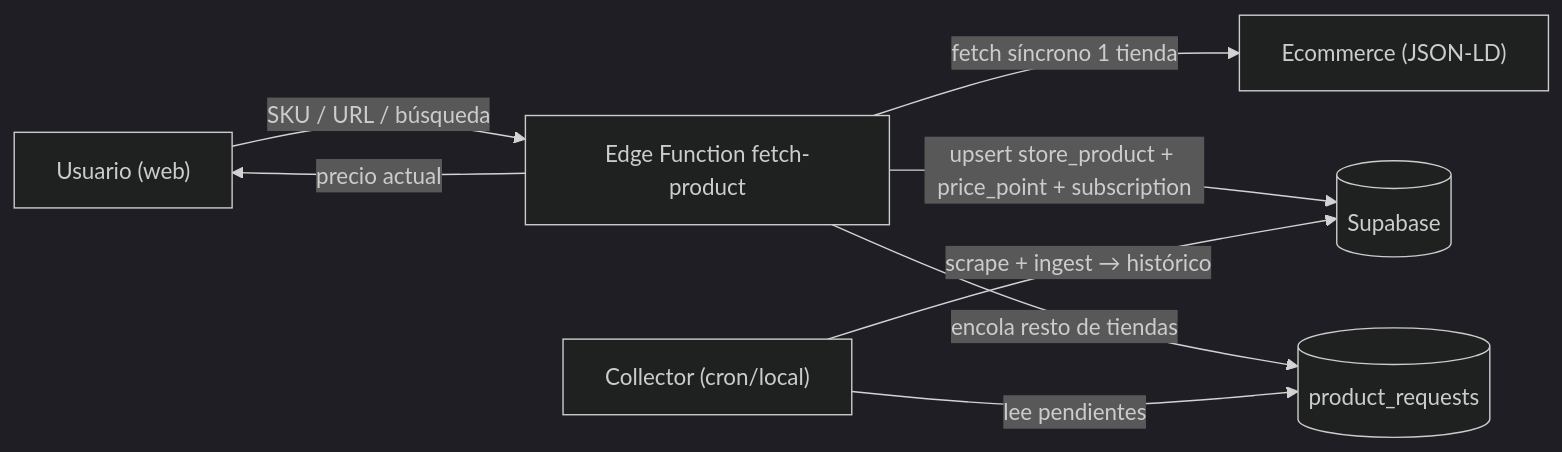
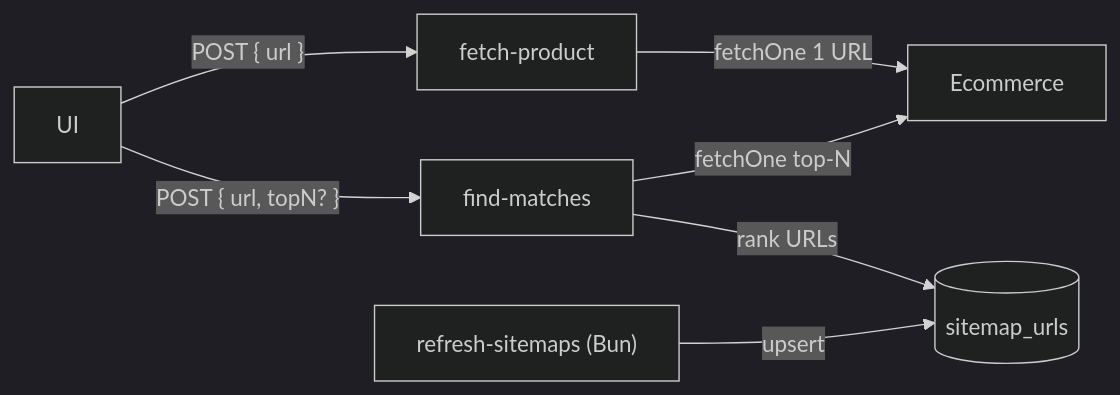
Before and after one commit to Chofito/hackathon-16072026: the diagram in docs/EDGE_FUNCTIONS.md, drawn with Mermaid (dark theme). The commit also changed other lines of this file and 23 other files, not shown here.

First line of the commit message:
Add on-demand cross-store edge functions

````diff
--- a/docs/EDGE_FUNCTIONS.md
+++ b/docs/EDGE_FUNCTIONS.md
@@ -11,10 +16,9 @@
 ```mermaid
 flowchart LR
-    user["Usuario (web)"] -->|"SKU / URL / búsqueda"| fn["Edge Function fetch-product"]
-    fn -->|"fetch síncrono 1 tienda"| store["Ecommerce (JSON-LD)"]
-    fn -->|"upsert store_product + price_point + subscription"| db[("Supabase")]
-    fn -->|"encola resto de tiendas"| reqs[("product_requests")]
-    fn -->|"precio actual"| user
-    collector["Collector (cron/local)"] -->|"lee pendientes"| reqs
-    collector -->|"scrape + ingest → histórico"| db
+  ui["UI"] -->|"POST { url }"| fp["fetch-product"]
+  ui -->|"POST { url, topN? }"| fm["find-matches"]
+  fp -->|"fetchOne 1 URL"| store["Ecommerce"]
+  fm -->|"rank URLs"| cache[("sitemap_urls")]
+  fm -->|"fetchOne top-N"| store
+  refresh["refresh-sitemaps (Bun)"] -->|"upsert"| cache
 ```
````
